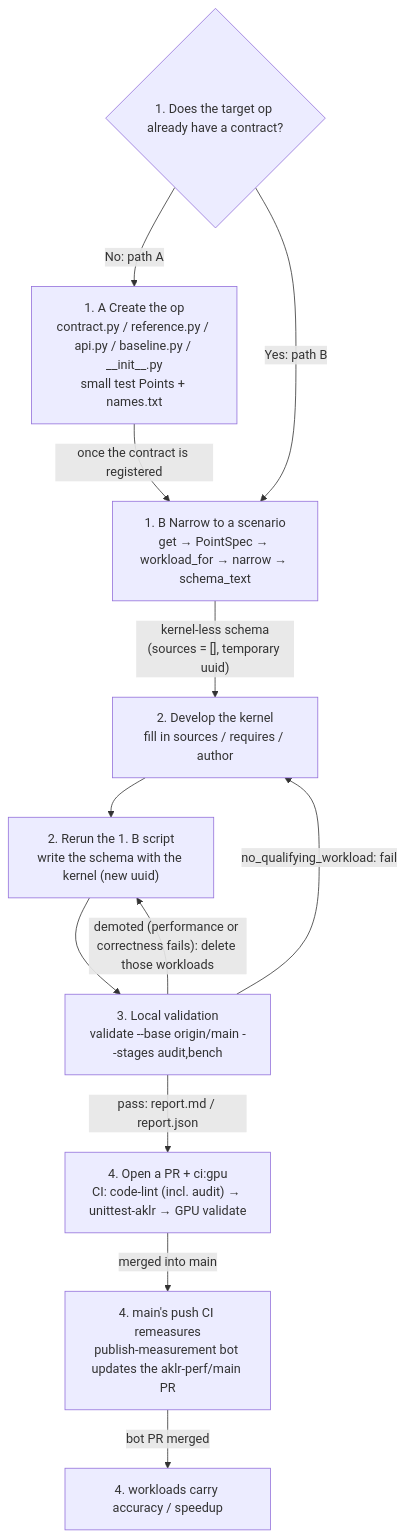
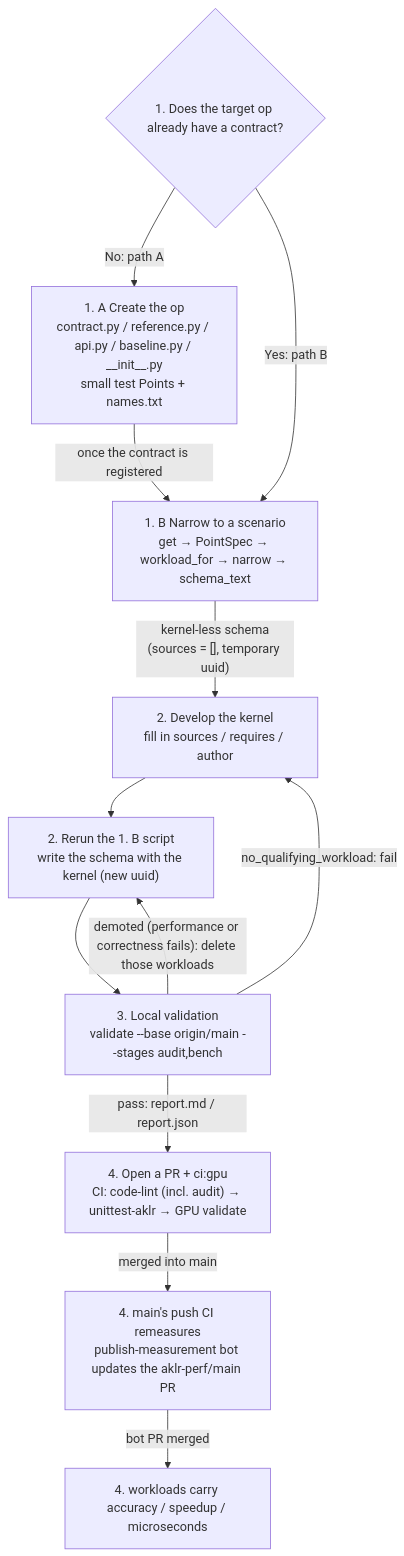
Before and after one commit to AMD-AGI/AKLR: the diagram in docs/ops_tutorial.md, drawn with Mermaid. The commit also changed 2 other files, not shown here.

Commit message:
docs(ops): say `microseconds` records the time behind its `speedup`

````diff
--- a/docs/ops_tutorial.md
+++ b/docs/ops_tutorial.md
@@ -13,14 +13,14 @@
 ```mermaid
 flowchart TD
     S{"1. Does the target op already have a contract?"} -->|"No: path A"| A["1. A Create the op<br/>contract.py / reference.py / api.py / baseline.py / __init__.py<br/>small test Points + names.txt"]
     S -->|"Yes: path B"| B["1. B Narrow to a scenario<br/>get → PointSpec → workload_for → narrow → schema_text"]
     A -->|"once the contract is registered"| B
     B -->|"kernel-less schema<br/>(sources = [], temporary uuid)"| D["2. Develop the kernel<br/>fill in sources / requires / author"]
     D --> R["2. Rerun the 1. B script<br/>write the schema with the kernel (new uuid)"]
     R --> V["3. Local validation<br/>validate --base origin/main --stages audit,bench"]
     V -->|"no_qualifying_workload: fail"| D
     V -->|"demoted (performance or correctness fails): delete those workloads"| R
     V -->|"pass: report.md / report.json"| P["4. Open a PR + ci:gpu<br/>CI: code-lint (incl. audit) → unittest-aklr → GPU validate"]
     P -->|"merged into main"| M["4. main's push CI remeasures<br/>publish-measurement bot updates the aklr-perf/main PR"]
-    M -->|"bot PR merged"| N["4. workloads carry accuracy / speedup"]
+    M -->|"bot PR merged"| N["4. workloads carry accuracy / speedup / microseconds"]
 ```
````
